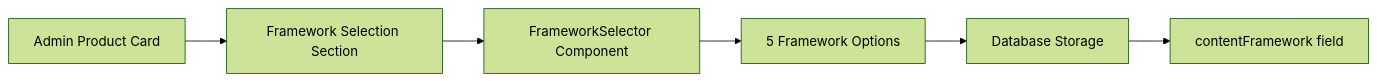
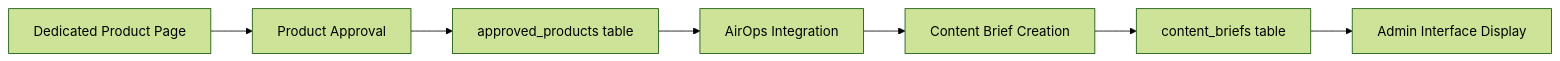
Before and after one commit to Lashay-L/BOFU-AI: the diagram in memory-bank/activeContext.md, drawn with Mermaid (forest theme). The commit also changed other lines of this file and 7 other files, not shown here.

First line of the commit message:
fix(framework): Resolve framework selection persistence issue

````diff
--- a/memory-bank/activeContext.md
+++ b/memory-bank/activeContext.md
@@ -199,8 +236,9 @@
 ```mermaid
 graph LR
-    A[Admin Product Card] --> B[Framework Selection Section]
-    B --> C[FrameworkSelector Component]
-    C --> D[5 Framework Options]
-    D --> E[Database Storage]
-    E --> F[contentFramework field]
+    A[Dedicated Product Page] --> B[Product Approval]
+    B --> C[approved_products table]
+    C --> D[AirOps Integration]
+    D --> E[Content Brief Creation]
+    E --> F[content_briefs table]
+    F --> G[Admin Interface Display]
 ```
````
